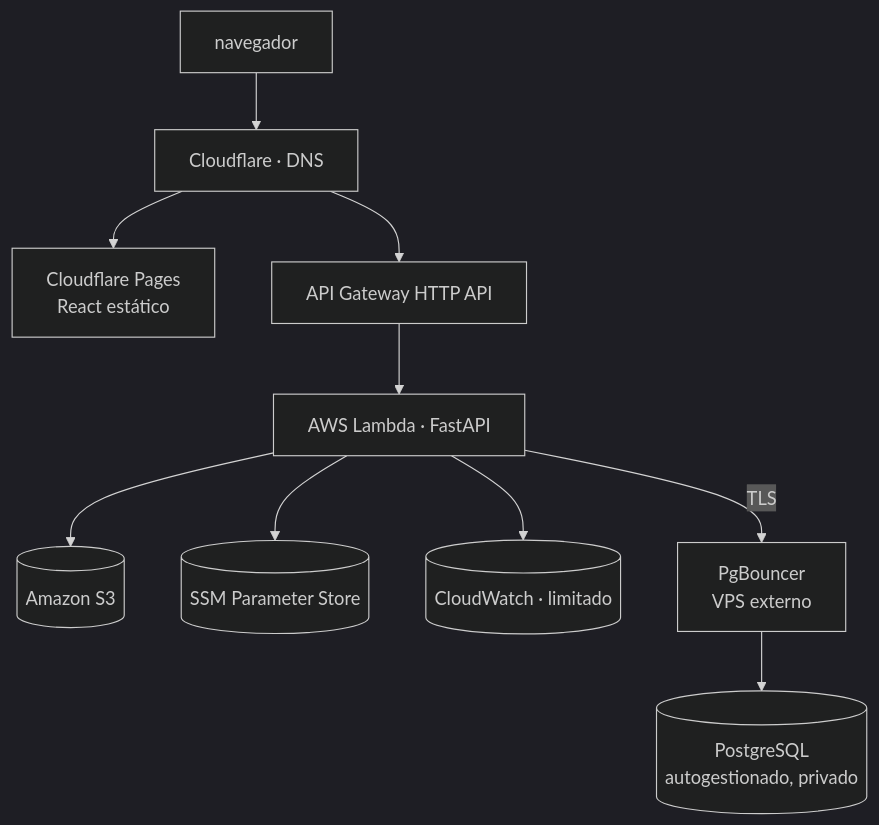
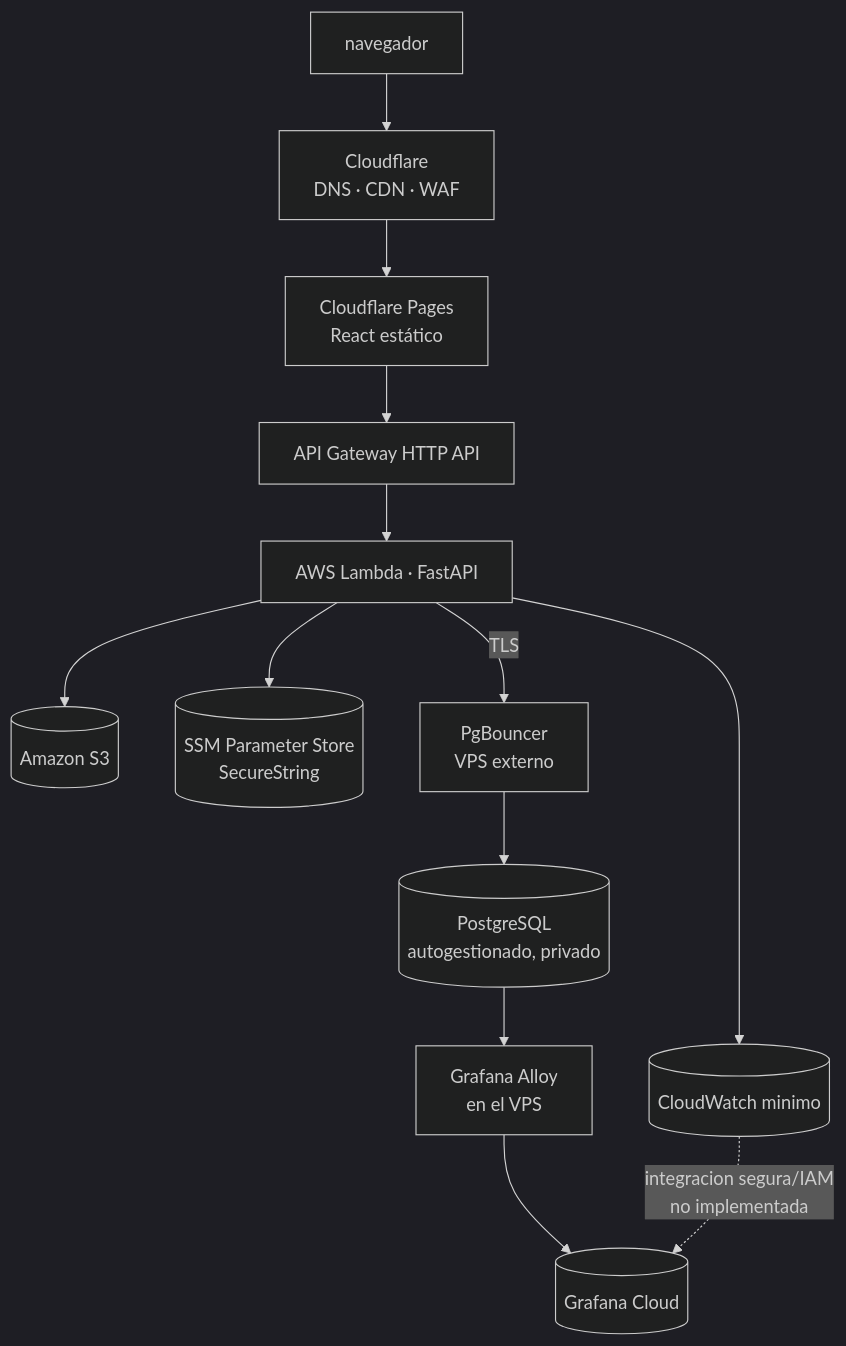
The diagram in docs/architecture/overview.md (jeffersondavila/personal-blog-infra), drawn with Mermaid (dark theme) before and after one commit. The commit also changed other lines of this file and 19 other files, not shown here.

````diff
--- a/docs/architecture/overview.md
+++ b/docs/architecture/overview.md
@@ -81,12 +85,15 @@
 ```mermaid
 flowchart TD
-    NAV["navegador"] --> CFDNS["Cloudflare · DNS"]
-    CFDNS --> PAGES["Cloudflare Pages<br/>React estático"]
-    CFDNS --> AGW["API Gateway HTTP API"]
+    NAV["navegador"] --> CF["Cloudflare<br/>DNS · CDN · WAF"]
+    CF --> PAGES["Cloudflare Pages<br/>React estático"]
+    PAGES --> AGW["API Gateway HTTP API"]
     AGW --> LMB["AWS Lambda · FastAPI"]
     LMB --> S3[("Amazon S3")]
-    LMB --> SSM[("SSM Parameter Store")]
-    LMB --> CW[("CloudWatch · limitado")]
+    LMB --> SSM[("SSM Parameter Store<br/>SecureString")]
+    LMB --> CW[("CloudWatch minimo")]
     LMB -->|"TLS"| PGB["PgBouncer<br/>VPS externo"]
     PGB --> PG[("PostgreSQL<br/>autogestionado, privado")]
+    PG --> ALLOY["Grafana Alloy<br/>en el VPS"]
+    ALLOY --> GC[("Grafana Cloud")]
+    CW -.->|"integracion segura/IAM<br/>no implementada"| GC
 ```
````
